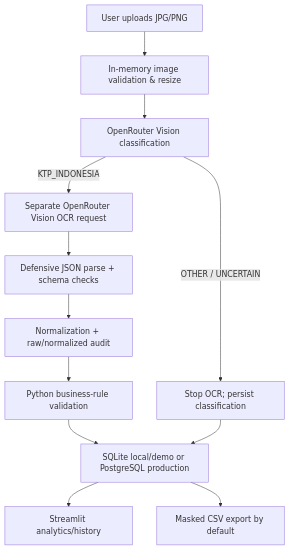
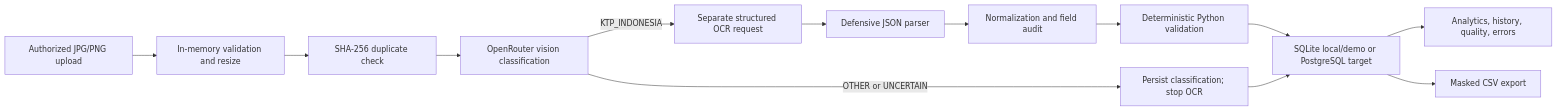
Before and after one commit to apiipp-co/KTP-Vision-Analytics: the first of 2 diagrams in README.md, drawn with Mermaid. The commit also changed other lines of this file and 28 other files, not shown here.

````diff
--- a/README.md
+++ b/README.md
@@ -26,14 +83,15 @@
-```mermaid
-flowchart TD
-    U["User uploads JPG/PNG"] --> I["In-memory image validation & resize"]
-    I --> C["OpenRouter Vision classification"]
-    C -->|"OTHER / UNCERTAIN"| S["Stop OCR; persist classification"]
-    C -->|"KTP_INDONESIA"| O["Separate OpenRouter Vision OCR request"]
-    O --> J["Defensive JSON parse + schema checks"]
-    J --> N["Normalization + raw/normalized audit"]
-    N --> V["Python business-rule validation"]
-    V --> D["SQLite local/demo or PostgreSQL production"]
-    S --> D
-    D --> A["Streamlit analytics/history"]
-    D --> E["Masked CSV export by default"]
-```
+~~~mermaid
+flowchart LR
+    U["Authorized JPG/PNG upload"] --> I["In-memory validation and resize"]
+    I --> H["SHA-256 duplicate check"]
+    H --> C["OpenRouter vision classification"]
+    C -->|"OTHER or UNCERTAIN"| P["Persist classification; stop OCR"]
+    C -->|"KTP_INDONESIA"| O["Separate structured OCR request"]
+    O --> J["Defensive JSON parser"]
+    J --> N["Normalization and field audit"]
+    N --> V["Deterministic Python validation"]
+    V --> D["SQLite local/demo or PostgreSQL target"]
+    P --> D
+    D --> A["Analytics, history, quality, errors"]
+    D --> X["Masked CSV export"]
+~~~
````
